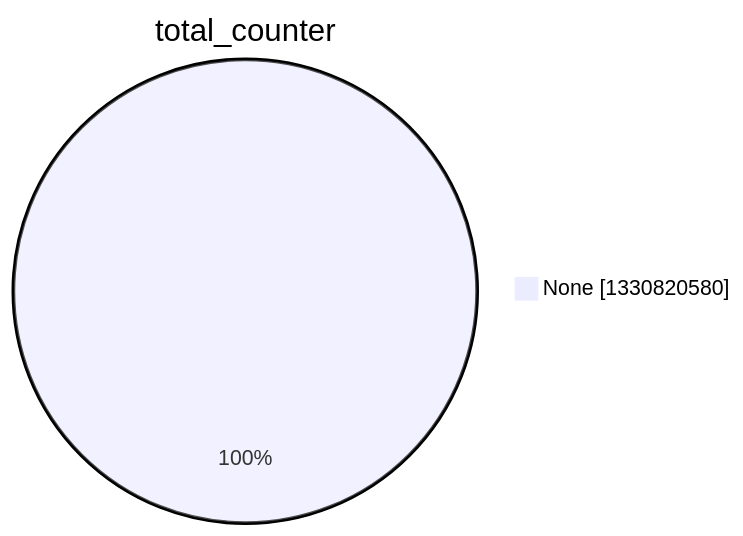
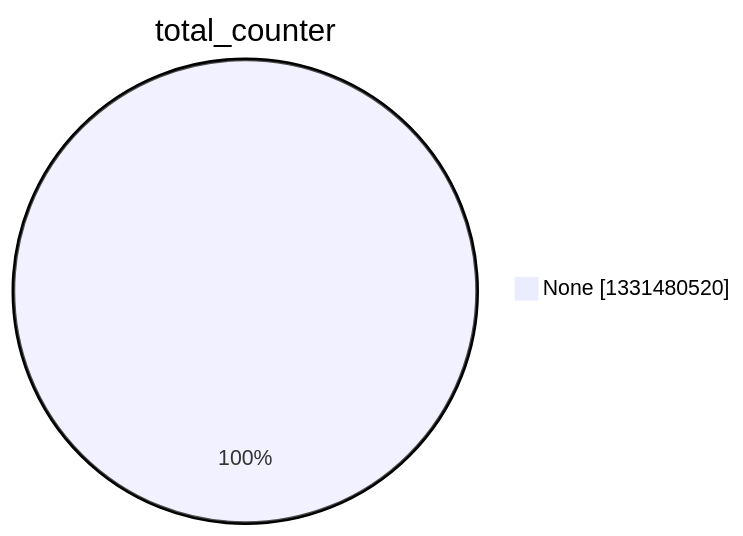
Before and after one commit to christiankrug/ctmonitor_visualization: the second of 15 diagrams in argon2022/README.md, drawn with Mermaid. The commit also changed other lines of this file, not shown here.

````diff
--- a/argon2022/README.md
+++ b/argon2022/README.md
@@ -9,5 +9,5 @@
 ```mermaid
 pie showData
 title total_counter
-"None" :1330820580
+"None" :1331480520
 ```
````
